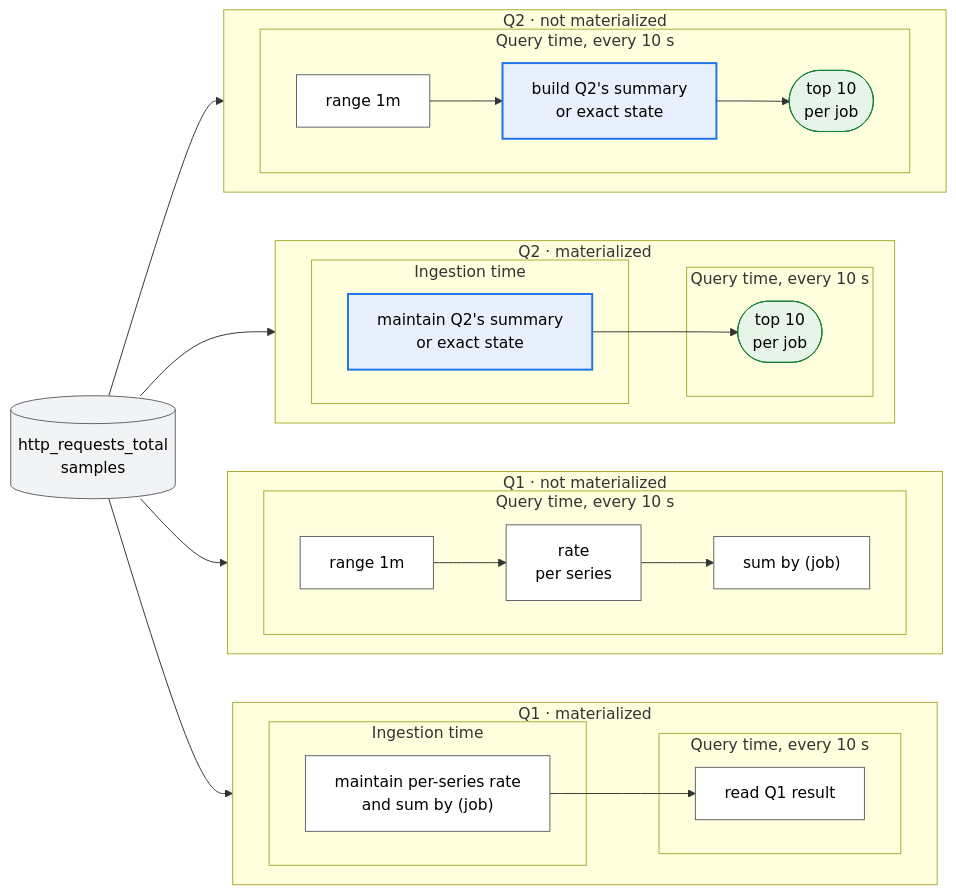
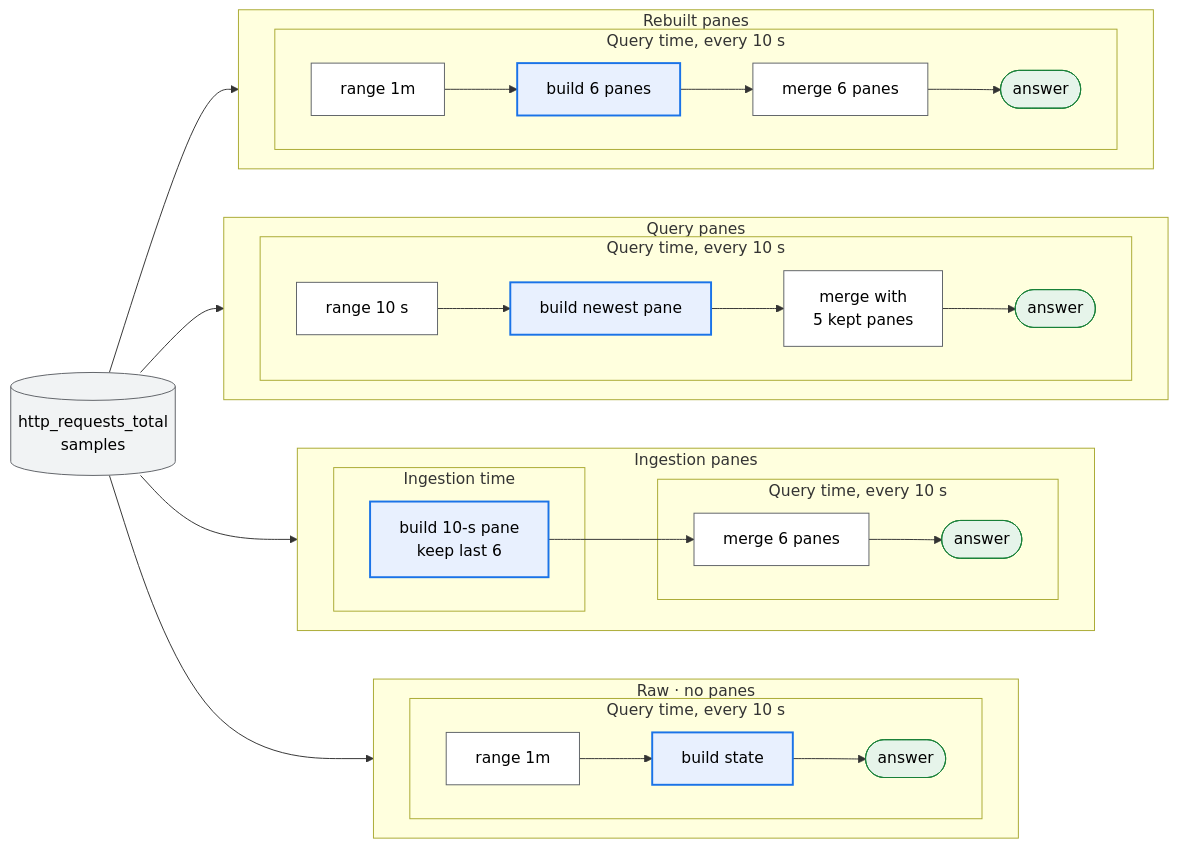
The fourth of 10 diagrams in docs/design_docs/proposals/planner-layering.md (ProjectASAP/ASAPPlanner), drawn with Mermaid before and after one commit. The commit also changed other lines of this file, not shown here.

````diff
--- a/docs/design_docs/proposals/planner-layering.md
+++ b/docs/design_docs/proposals/planner-layering.md
@@ -482,49 +483,45 @@
 ```mermaid
 flowchart LR
   in[("http_requests_total<br/>samples")]:::data
 
-  subgraph Q1M["Q1 · materialized"]
+  subgraph R["Raw · no panes"]
     direction LR
-    subgraph Q1MI["Ingestion time"]
-      m1["maintain per-series rate<br/>and sum by (job)"]:::exact
-    end
-    subgraph Q1MQ["Query time, every 10 s"]
-      m1r["read Q1 result"]:::exact
-    end
-    m1 --> m1r
-  end
-
-  subgraph Q1N["Q1 · not materialized"]
-    direction LR
-    subgraph Q1NQ["Query time, every 10 s"]
-      n1a["range 1m"]:::exact --> n1b["rate<br/>per series"]:::exact --> n1c["sum by (job)"]:::exact
+    subgraph RQ["Query time, every 10 s"]
+      r1["range 1m"]:::exact --> r2["build state"]:::summary --> r3(["answer"]):::estimate
     end
   end
 
-  subgraph Q2M["Q2 · materialized"]
+  subgraph IP["Ingestion panes"]
     direction LR
-    subgraph Q2MI["Ingestion time"]
-      m2["maintain Q2's summary<br/>or exact state"]:::summary
+    subgraph IPI["Ingestion time"]
+      i1["build 10-s pane<br/>keep last 6"]:::summary
     end
-    subgraph Q2MQ["Query time, every 10 s"]
-      m2e(["top 10<br/>per job"]):::estimate
+    subgraph IPQ["Query time, every 10 s"]
+      i2["merge 6 panes"]:::exact --> i3(["answer"]):::estimate
     end
-    m2 --> m2e
+    i1 --> i2
   end
 
-  subgraph Q2N["Q2 · not materialized"]
+  subgraph QP["Query panes"]
     direction LR
-    subgraph Q2NQ["Query time, every 10 s"]
-      n2a["range 1m"]:::exact --> n2b["build Q2's summary<br/>or exact state"]:::summary --> n2c(["top 10<br/>per job"]):::estimate
+    subgraph QPQ["Query time, every 10 s"]
+      q1["range 10 s"]:::exact --> q2["build newest pane"]:::summary --> q3["merge with<br/>5 kept panes"]:::exact --> q4(["answer"]):::estimate
     end
   end
 
-  in --> m1
-  in --> n1a
-  in --> m2
-  in --> n2a
+  subgraph RB["Rebuilt panes"]
+    direction LR
+    subgraph RBQ["Query time, every 10 s"]
+      b1["range 1m"]:::exact --> b2["build 6 panes"]:::summary --> b3["merge 6 panes"]:::exact --> b4(["answer"]):::estimate
+    end
+  end
+
+  in --> r1
+  in --> i1
+  in --> q1
+  in --> b1
   classDef data fill:#f1f3f4,stroke:#5f6368,color:#000;
   classDef exact fill:#fff,stroke:#5f6368,color:#000;
   classDef summary fill:#e8f0fe,stroke:#1a73e8,stroke-width:2px,color:#000;
   classDef estimate fill:#e6f4ea,stroke:#188038,color:#000;
 ```
````
